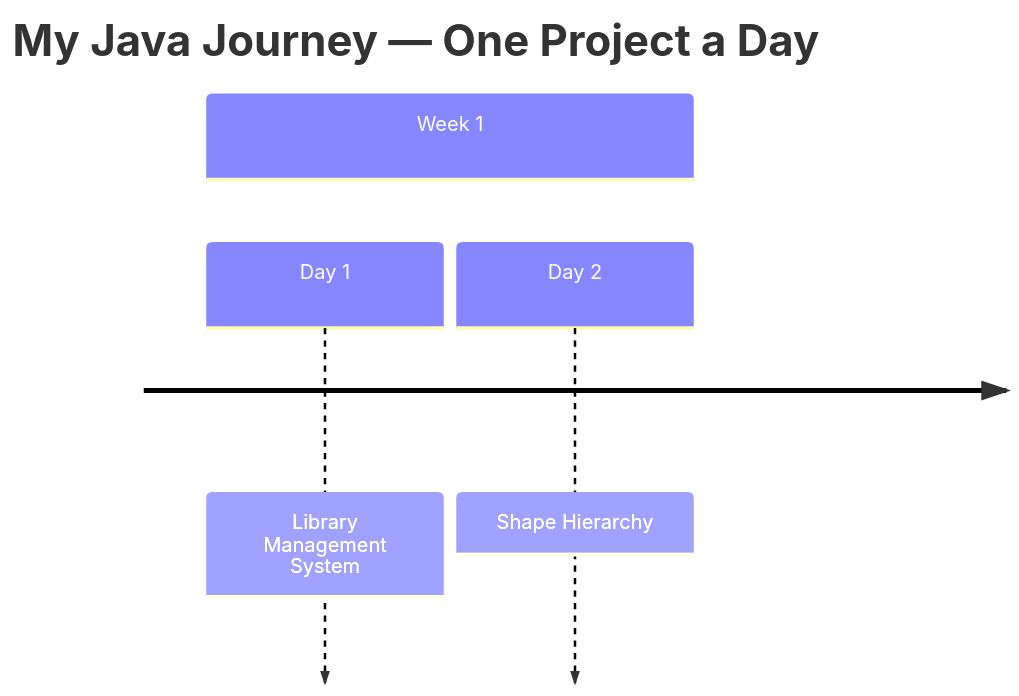
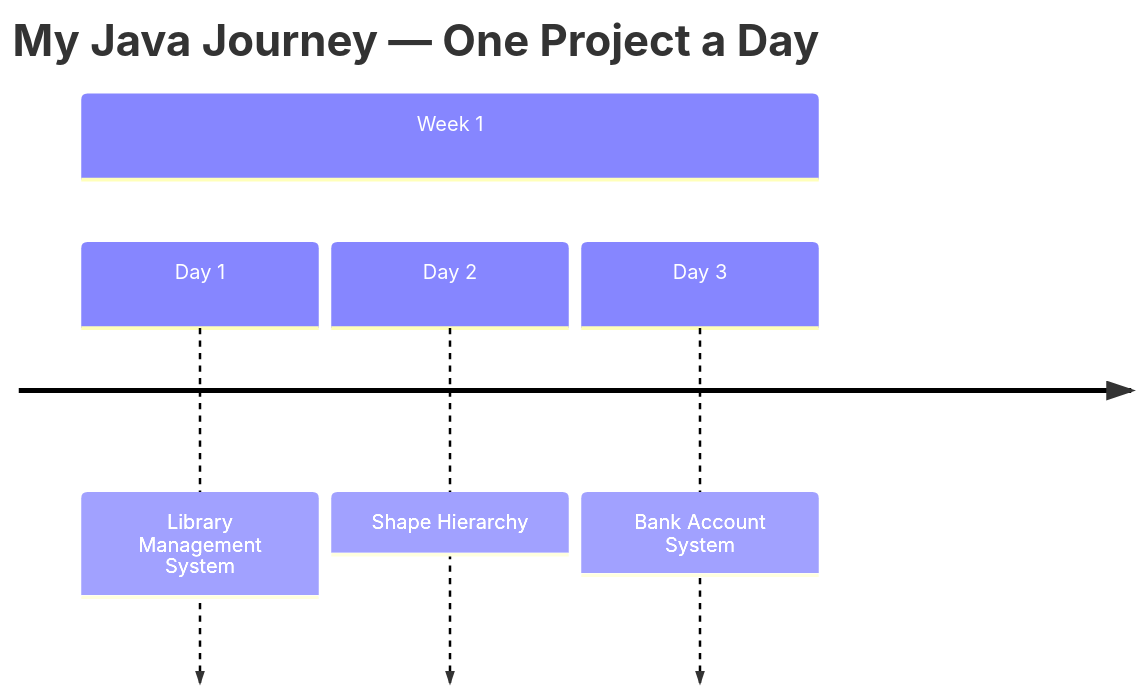
The diagram in README.md (Draxgter1001/Daily-Projects), drawn with Mermaid before and after one commit. The commit also changed other lines of this file, not shown here.

Commit message:
feat: update project count and add Bank Account System to project timeline

````diff
--- a/README.md
+++ b/README.md
@@ -49,7 +49,8 @@
 ```mermaid
 timeline
     title My Java Journey — One Project a Day
     section Week 1
         Day 1 : Library Management System
         Day 2 : Shape Hierarchy
+        Day 3 : Bank Account System
 ```
````
